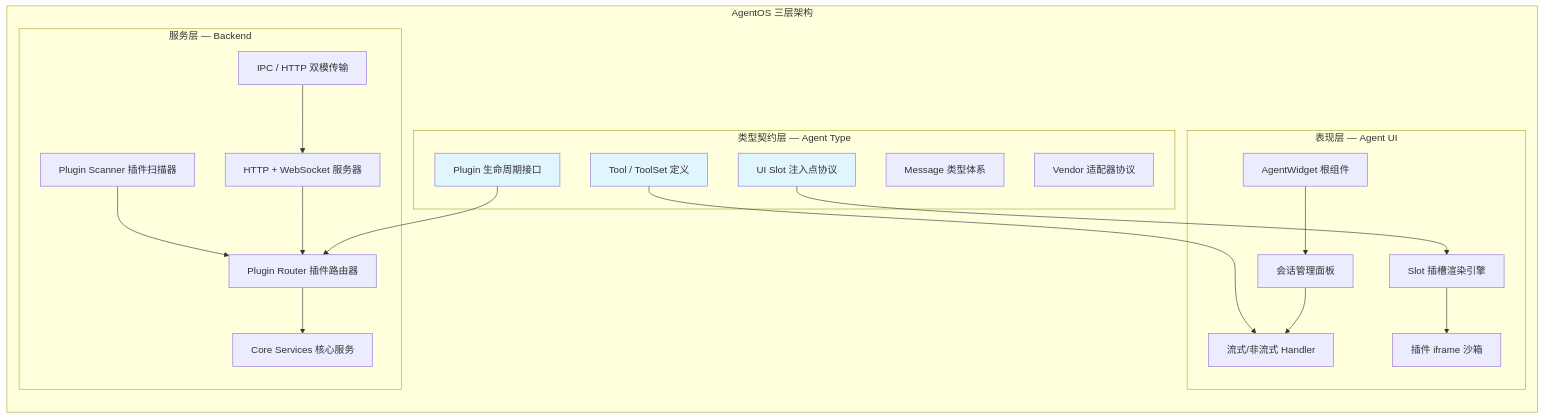
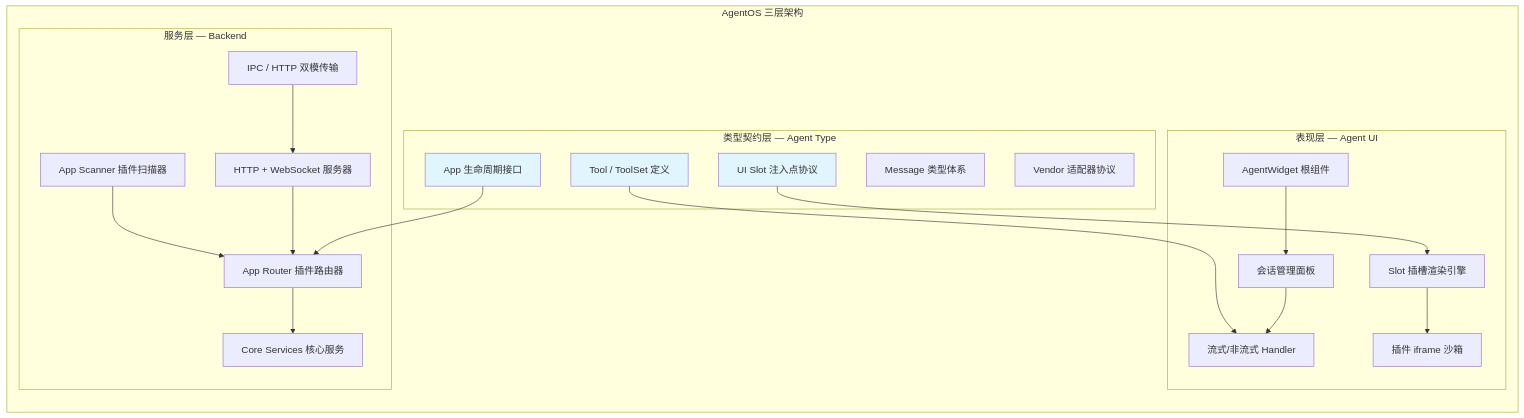
Before and after one commit to littlebadbadbad/agent-os: the first of 11 diagrams in agentOS产品介绍.md, drawn with Mermaid. The commit also changed other lines of this file and 1053 other files, not shown here.

Commit message:
plugin -> app

````diff
--- a/agentOS产品介绍.md
+++ b/agentOS产品介绍.md
@@ -19,45 +19,45 @@
 ```mermaid
 graph TB
     subgraph "AgentOS 三层架构"
         direction TB
         
         subgraph "表现层 — Agent UI"
             A1["AgentWidget 根组件"]
             A2["会话管理面板"]
             A3["Slot 插槽渲染引擎"]
             A4["插件 iframe 沙箱"]
             A5["流式/非流式 Handler"]
         end
         
         subgraph "类型契约层 — Agent Type"
             B1["Tool / ToolSet 定义"]
-            B2["Plugin 生命周期接口"]
+            B2["App 生命周期接口"]
             B3["UI Slot 注入点协议"]
             B4["Message 类型体系"]
             B5["Vendor 适配器协议"]
         end
         
         subgraph "服务层 — Backend"
             C1["HTTP + WebSocket 服务器"]
-            C2["Plugin Router 插件路由器"]
+            C2["App Router 插件路由器"]
             C3["Core Services 核心服务"]
-            C4["Plugin Scanner 插件扫描器"]
+            C4["App Scanner 插件扫描器"]
             C5["IPC / HTTP 双模传输"]
         end
     end
     
     A1 --> A2
     A2 --> A5
     A3 --> A4
     B1 --> A5
     B2 --> C2
     B3 --> A3
     C1 --> C2
     C2 --> C3
     C4 --> C2
     C5 --> C1
     
     style B1 fill:#e1f5fe
     style B2 fill:#e1f5fe
     style B3 fill:#e1f5fe
 ```
````
